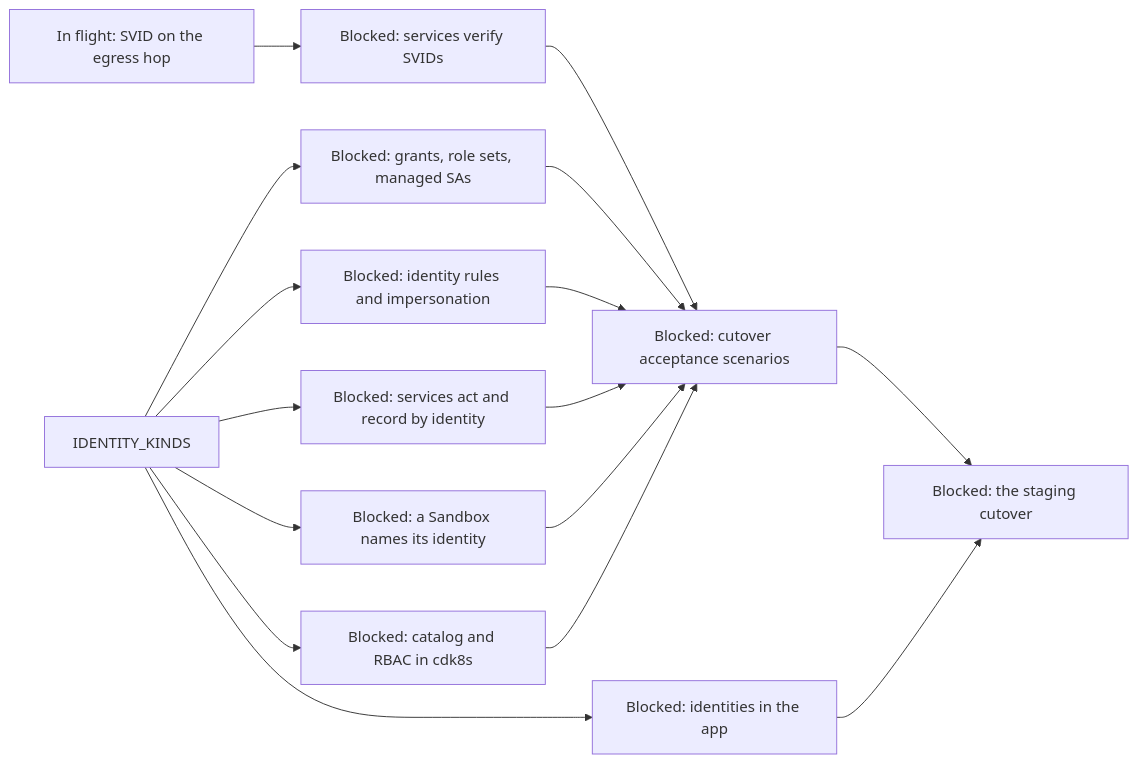
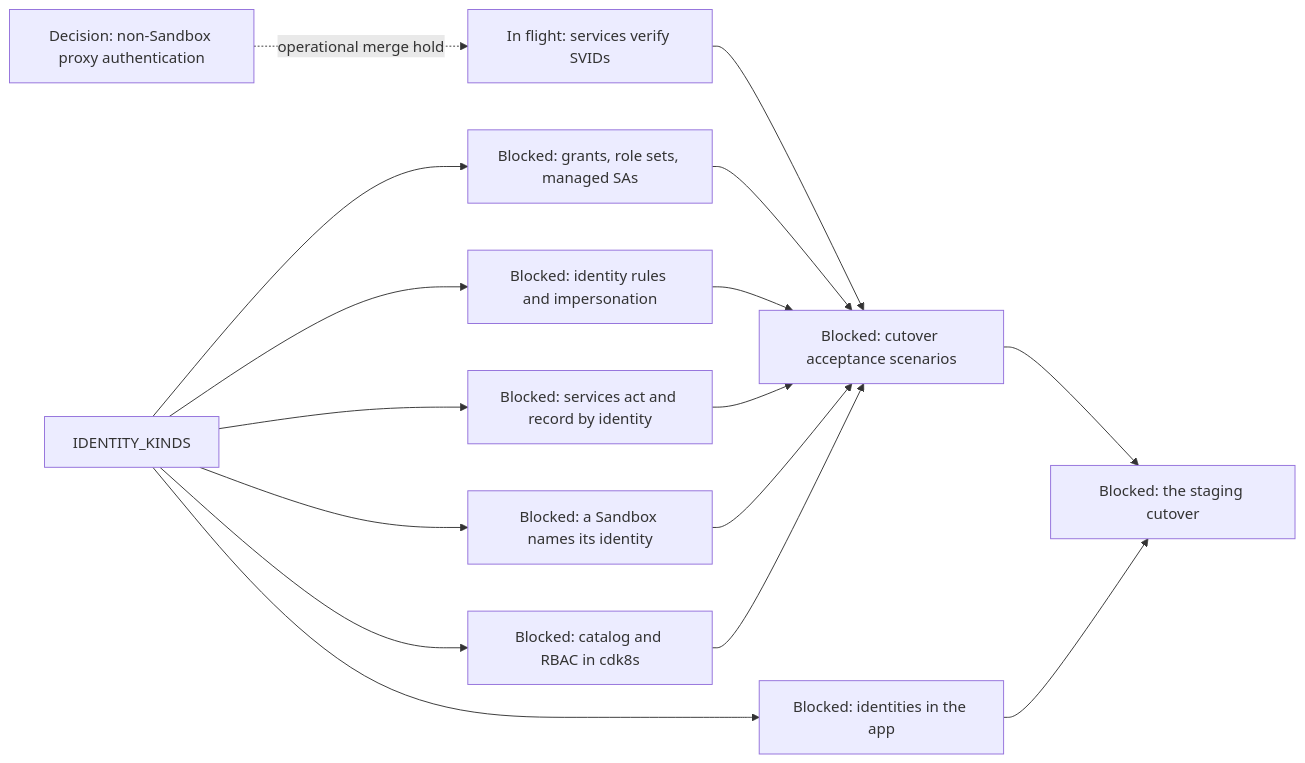
One commit to agentydragon/ducktape changed diagram 16 of 18 in agentplane/plans/task_dag.md. Above: the diagram before and after it, drawn with Mermaid. The commit also changed other lines of this file and 62 other files, not shown here.

Commit message:
agentplane: move egress and Rules to workload SVIDs

````diff
--- a/agentplane/plans/task_dag.md
+++ b/agentplane/plans/task_dag.md
@@ -2959,19 +2960,19 @@
 ```mermaid
 flowchart LR
-    SVID_EGRESS_HOP[In flight: SVID on the egress hop]
     IDENTITY_KINDS --> POLICY_GRANTS[Blocked: grants, role sets, managed SAs]
     IDENTITY_KINDS --> EGRESS_IDENTITY_RULES[Blocked: identity rules and impersonation]
     IDENTITY_KINDS --> SERVICES_IDENTITY_PRINCIPAL[Blocked: services act and record by identity]
     IDENTITY_KINDS --> SANDBOX_IDENTITY_SPEC[Blocked: a Sandbox names its identity]
     IDENTITY_KINDS --> IDENTITY_CATALOG[Blocked: catalog and RBAC in cdk8s]
     IDENTITY_KINDS --> APP_IDENTITIES_UI[Blocked: identities in the app]
-    SVID_EGRESS_HOP --> SVID_PLATFORM_ROUTES[Blocked: services verify SVIDs]
+    SVID_PLATFORM_ROUTES[In flight: services verify SVIDs]
+    NON_SANDBOX_PROXY_AUTH[Decision: non-Sandbox proxy authentication] -. operational merge hold .-> SVID_PLATFORM_ROUTES
     SVID_PLATFORM_ROUTES --> IDENTITY_SYSTEM_TESTS[Blocked: cutover acceptance scenarios]
     POLICY_GRANTS --> IDENTITY_SYSTEM_TESTS
     EGRESS_IDENTITY_RULES --> IDENTITY_SYSTEM_TESTS
     SERVICES_IDENTITY_PRINCIPAL --> IDENTITY_SYSTEM_TESTS
     SANDBOX_IDENTITY_SPEC --> IDENTITY_SYSTEM_TESTS
     IDENTITY_CATALOG --> IDENTITY_SYSTEM_TESTS
     IDENTITY_SYSTEM_TESTS --> IDENTITY_CUTOVER[Blocked: the staging cutover]
     APP_IDENTITIES_UI --> IDENTITY_CUTOVER
 ```
````
